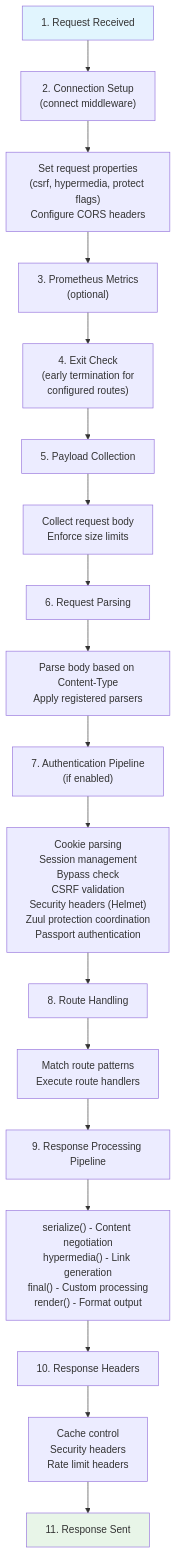
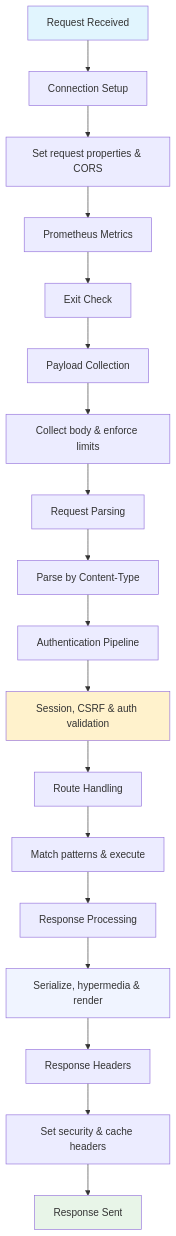
Before and after one commit to avoidwork/tenso: the third of 3 diagrams in docs/TECHNICAL_OVERVIEW.md, drawn with Mermaid.

Commit message:
Fixing a mermaid chart

````diff
--- a/docs/TECHNICAL_OVERVIEW.md
+++ b/docs/TECHNICAL_OVERVIEW.md
@@ -602,23 +602,25 @@
 ```mermaid
 graph TD
-    A["1. Request Received"] --> B["2. Connection Setup<br/>(connect middleware)"]
-    B --> B1["Set request properties<br/>(csrf, hypermedia, protect flags)<br/>Configure CORS headers"]
-    B1 --> C["3. Prometheus Metrics<br/>(optional)"]
-    C --> D["4. Exit Check<br/>(early termination for<br/>configured routes)"]
-    D --> E["5. Payload Collection"]
-    E --> E1["Collect request body<br/>Enforce size limits"]
-    E1 --> F["6. Request Parsing"]
-    F --> F1["Parse body based on Content-Type<br/>Apply registered parsers"]
-    F1 --> G["7. Authentication Pipeline<br/>(if enabled)"]
-    G --> G1["Cookie parsing<br/>Session management<br/>Bypass check<br/>CSRF validation<br/>Security headers (Helmet)<br/>Zuul protection coordination<br/>Passport authentication"]
-    G1 --> H["8. Route Handling"]
-    H --> H1["Match route patterns<br/>Execute route handlers"]
-    H1 --> I["9. Response Processing Pipeline"]
-    I --> I1["serialize() - Content negotiation<br/>hypermedia() - Link generation<br/>final() - Custom processing<br/>render() - Format output"]
-    I1 --> J["10. Response Headers"]
-    J --> J1["Cache control<br/>Security headers<br/>Rate limit headers"]
-    J1 --> K["11. Response Sent"]
+    A["Request Received"] --> B["Connection Setup"]
+    B --> B1["Set request properties & CORS"]
+    B1 --> C["Prometheus Metrics"]
+    C --> D["Exit Check"]
+    D --> E["Payload Collection"]
+    E --> E1["Collect body & enforce limits"]
+    E1 --> F["Request Parsing"]
+    F --> F1["Parse by Content-Type"]
+    F1 --> G["Authentication Pipeline"]
+    G --> G1["Session, CSRF & auth validation"]
+    G1 --> H["Route Handling"]
+    H --> H1["Match patterns & execute"]
+    H1 --> I["Response Processing"]
+    I --> I1["Serialize, hypermedia & render"]
+    I1 --> J["Response Headers"]
+    J --> J1["Set security & cache headers"]
+    J1 --> K["Response Sent"]
     
     style A fill:#e1f5fe
     style K fill:#e8f5e8
+    style G1 fill:#fff2cc
+    style I1 fill:#f0f4ff
 ```
````
